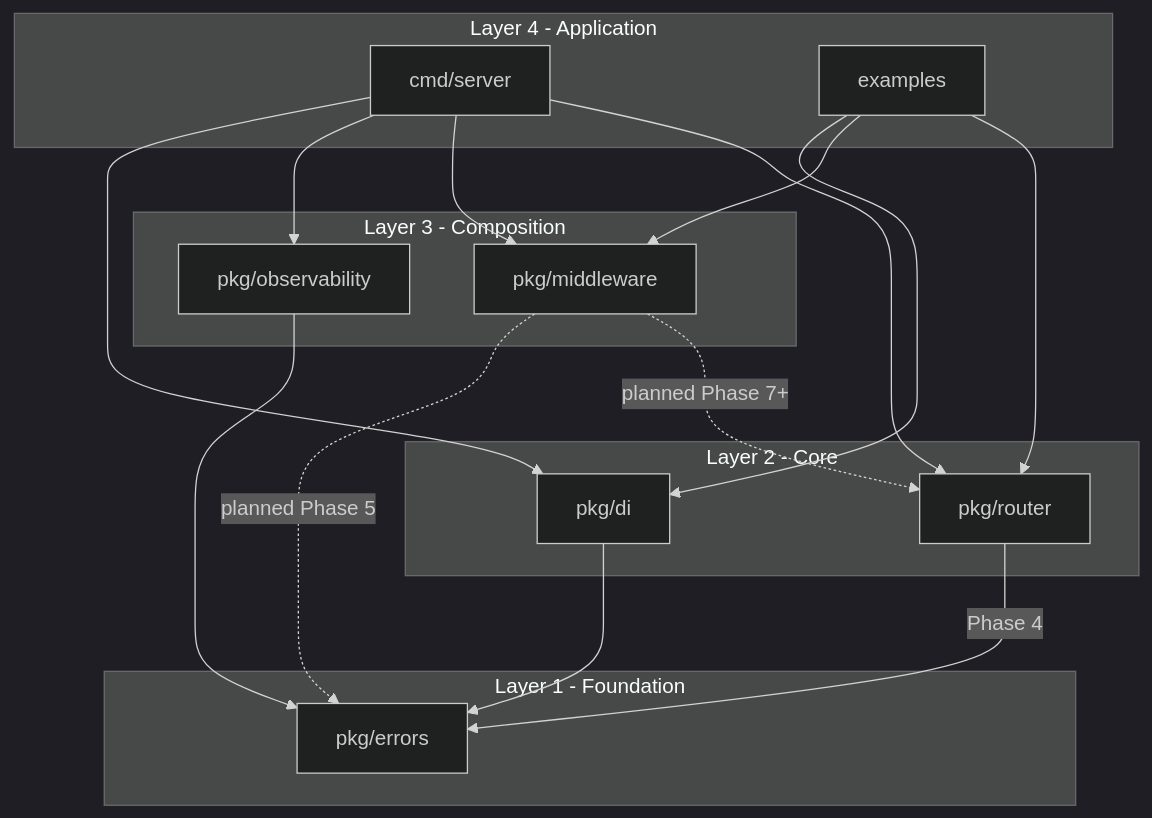
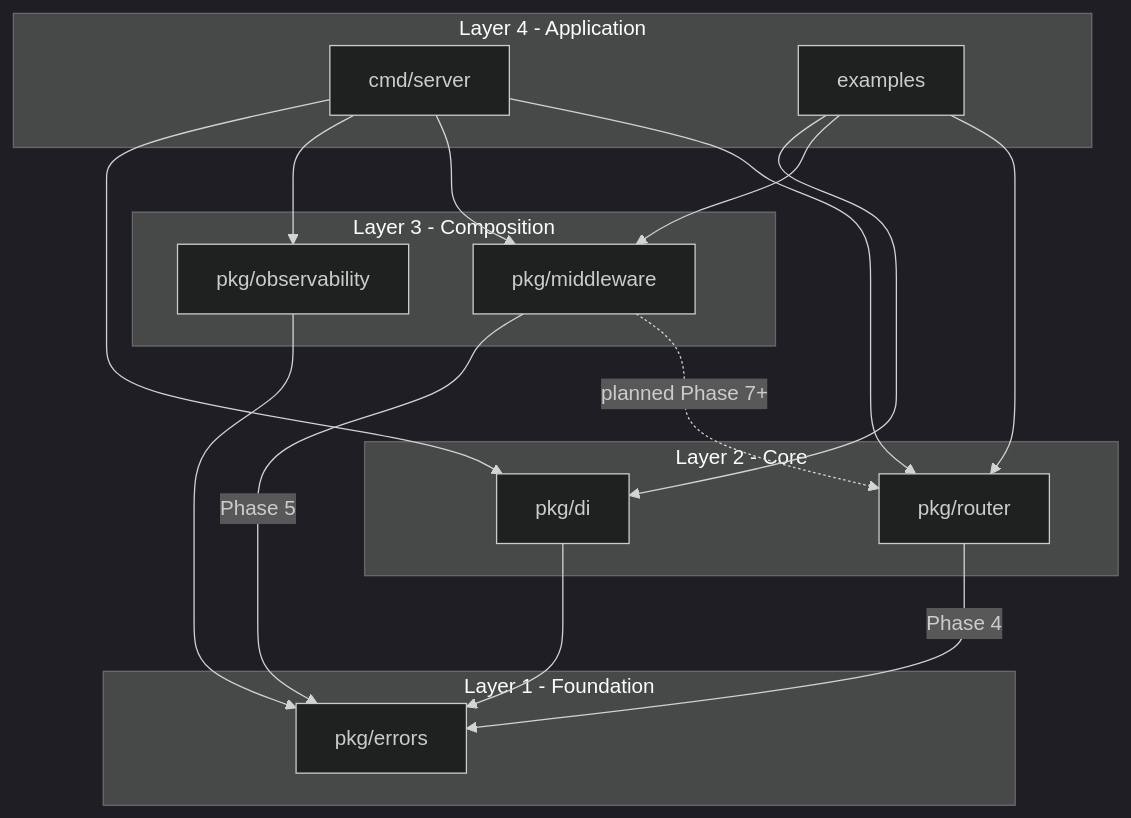
Before and after one commit to nsk-2003/lightweight-http: the diagram in docs/design/packagedesign.md, drawn with Mermaid (dark theme). The commit also changed other lines of this file and 10 other files, not shown here.

````diff
--- a/docs/design/packagedesign.md
+++ b/docs/design/packagedesign.md
@@ -12,31 +12,31 @@
 ```mermaid
 flowchart TB
   subgraph app [Layer 4 - Application]
     cmdMain[cmd/server]
     examplesPkg[examples]
   end
   subgraph composition [Layer 3 - Composition]
     middlewarePkg[pkg/middleware]
     observabilityPkg[pkg/observability]
   end
   subgraph core [Layer 2 - Core]
     routerPkg[pkg/router]
     diPkg[pkg/di]
   end
   subgraph foundation [Layer 1 - Foundation]
     errorsPkg[pkg/errors]
   end
 
   cmdMain --> routerPkg
   cmdMain --> middlewarePkg
   cmdMain --> observabilityPkg
   cmdMain --> diPkg
   examplesPkg --> routerPkg
   examplesPkg --> middlewarePkg
   examplesPkg --> diPkg
   middlewarePkg -.->|planned Phase 7+| routerPkg
-  middlewarePkg -.->|planned Phase 5| errorsPkg
+  middlewarePkg -->|Phase 5| errorsPkg
   observabilityPkg --> errorsPkg
   routerPkg -->|Phase 4| errorsPkg
   diPkg --> errorsPkg
 ```
````
